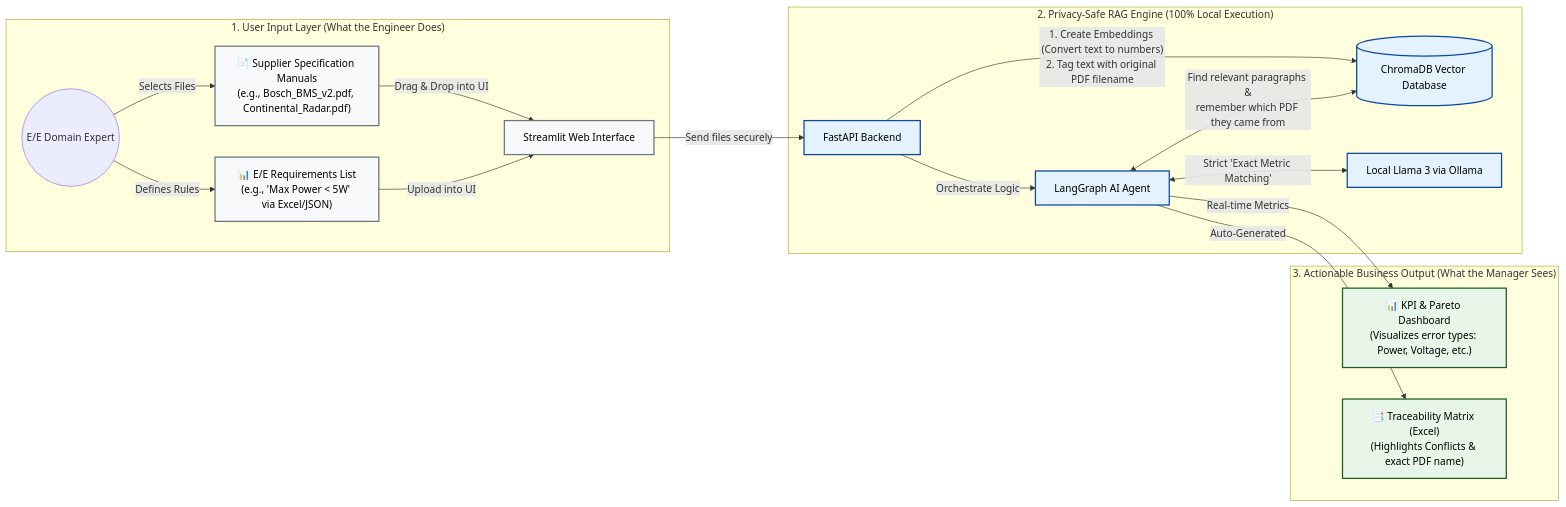
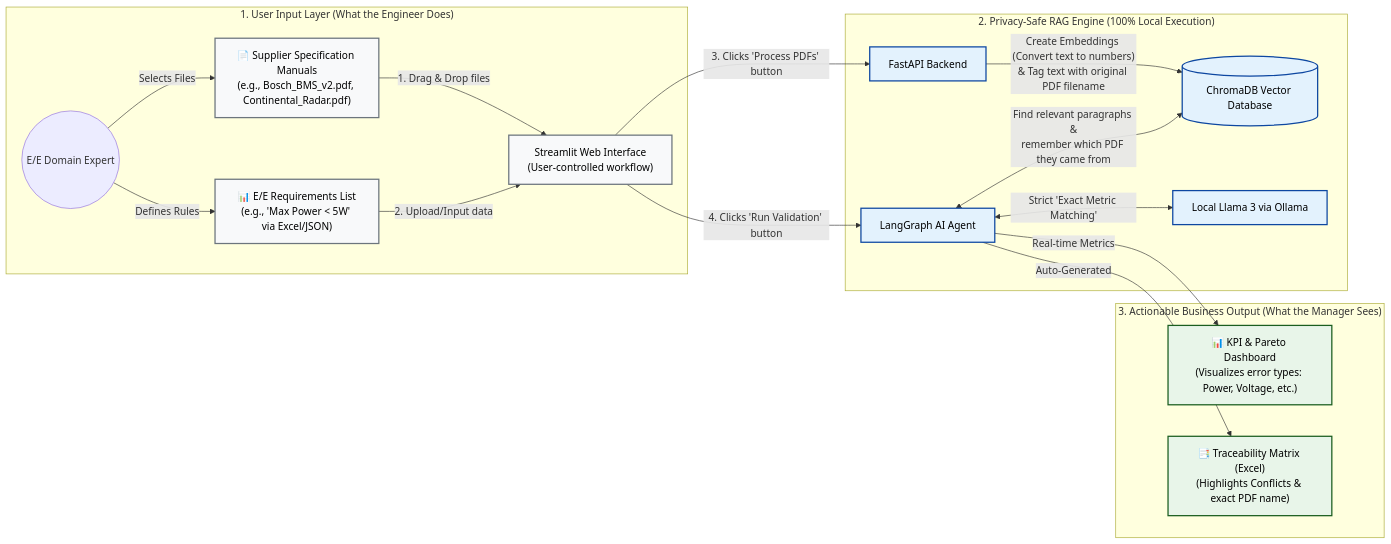
The diagram in README.md (Muhammad-Zakii/ee-traceability-agent), drawn with Mermaid before and after one commit.

Commit message:
Update README with detailed user interactions

````diff
--- a/README.md
+++ b/README.md
@@ -24,40 +24,40 @@
 ```mermaid
 graph LR
     subgraph "1. User Input Layer (What the Engineer Does)"
         User((E/E Domain Expert))
         
         Specs["📄 Supplier Specification Manuals<br/>(e.g., Bosch_BMS_v2.pdf, Continental_Radar.pdf)"]
         Reqs["📊 E/E Requirements List<br/>(e.g., 'Max Power < 5W' via Excel/JSON)"]
         
         User -->|Selects Files| Specs
         User -->|Defines Rules| Reqs
         
-        Specs -->|Drag & Drop into UI| UI[Streamlit Web Interface]
-        Reqs -->|Upload into UI| UI
+        Specs -->|1. Drag & Drop files| UI["Streamlit Web Interface<br/>(User-controlled workflow)"]
+        Reqs -->|2. Upload/Input data| UI
     end
 
     subgraph "2. Privacy-Safe RAG Engine (100% Local Execution)"
-        UI -->|Send files securely| API[FastAPI Backend]
+        UI -->|3. Clicks 'Process PDFs' button| API[FastAPI Backend]
         
-        API -->|"1. Create Embeddings (Convert text to numbers)<br/>2. Tag text with original PDF filename"| DB[(ChromaDB Vector Database)]
+        API -->|"Create Embeddings (Convert text to numbers)<br/>& Tag text with original PDF filename"| DB[(ChromaDB Vector Database)]
         
-        API -->|Orchestrate Logic| Agent[LangGraph AI Agent]
+        UI -->|4. Clicks 'Run Validation' button| Agent[LangGraph AI Agent]
         
         Agent <-->|"Find relevant paragraphs &<br/>remember which PDF they came from"| DB
         Agent <-->|Strict 'Exact Metric Matching'| LLM[Local Llama 3 via Ollama]
     end
 
     subgraph "3. Actionable Business Output (What the Manager Sees)"
         Agent -->|Real-time Metrics| Dash["📊 KPI & Pareto Dashboard<br/>(Visualizes error types: Power, Voltage, etc.)"]
         Agent -->|Auto-Generated| Excel["📑 Traceability Matrix (Excel)<br/>(Highlights Conflicts & exact PDF name)"]
     end
 
     %% Styling to make it look professional
     classDef inputLayer fill:#f8f9fa,stroke:#6c757d,stroke-width:2px,color:#000;
     classDef coreLayer fill:#e3f2fd,stroke:#0d47a1,stroke-width:2px,color:#000;
     classDef outputLayer fill:#e8f5e9,stroke:#1b5e20,stroke-width:2px,color:#000;
 
     class UI,Specs,Reqs inputLayer;
     class API,DB,Agent,LLM coreLayer;
     class Dash,Excel outputLayer;
 ```
````
